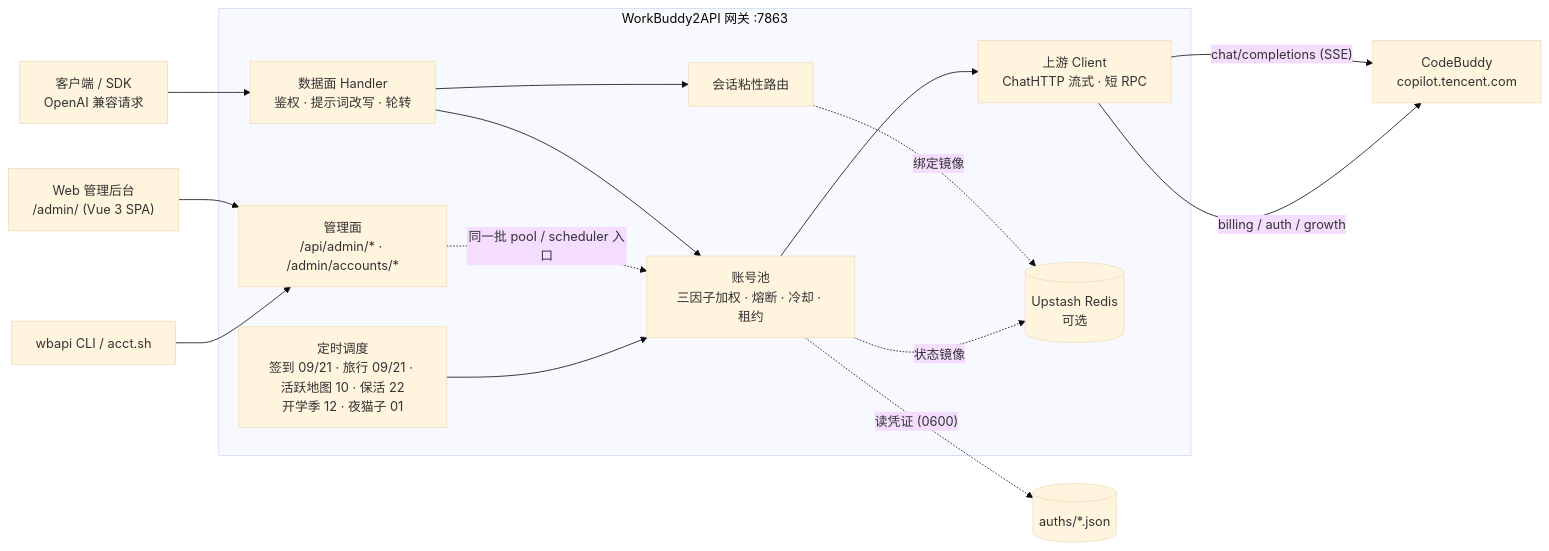
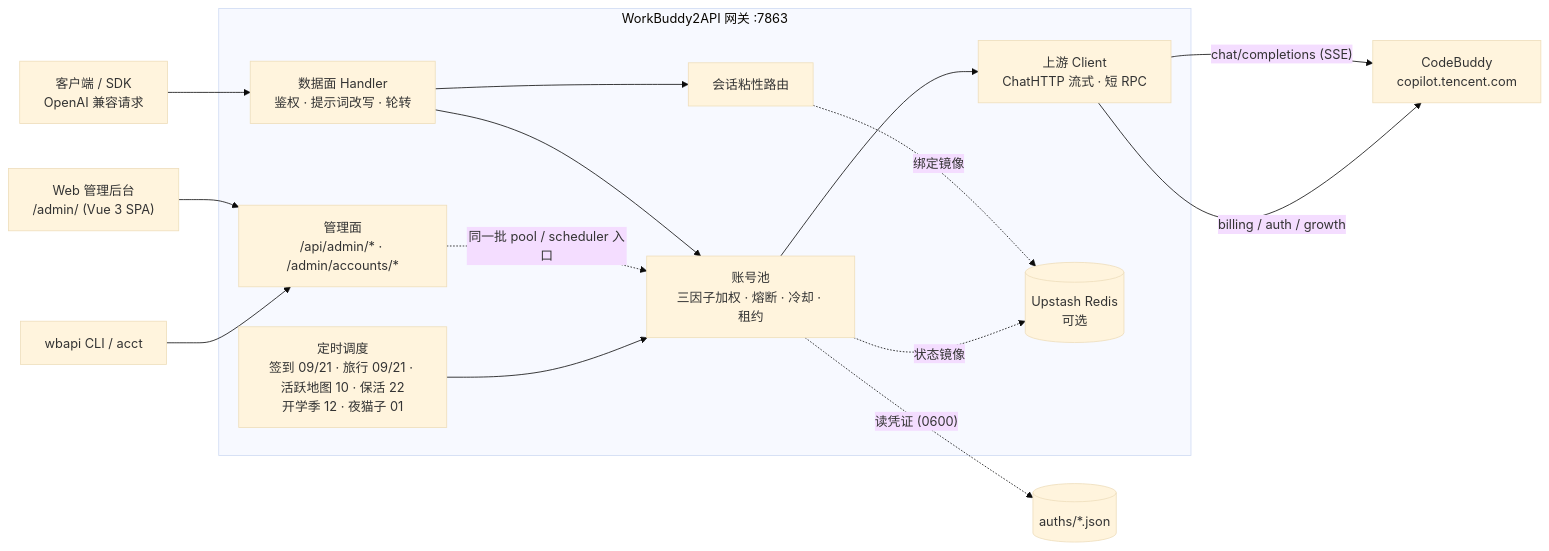
One commit to YuleBest/workbuddy2api changed the diagram in docs/features.md. Above: the diagram before and after it, drawn with Mermaid (base theme). The commit also changed other lines of this file and 192 other files, not shown here.

````diff
--- a/docs/features.md
+++ b/docs/features.md
@@ -72,21 +72,21 @@
 ```mermaid
 flowchart LR
     Client["客户端 / SDK\nOpenAI 兼容请求"] --> H
     Panel["Web 管理后台\n/admin/ (Vue 3 SPA)"] --> A
-    CLI["wbapi CLI / acct.sh"] --> A
+    CLI["wbapi CLI / acct"] --> A
 
     subgraph GWI["WorkBuddy2API 网关 :7863"]
         H["数据面 Handler\n鉴权 · 提示词改写 · 轮转"] --> P
         H --> S
         A["管理面\n/api/admin/* · /admin/accounts/*"] -.同一批 pool / scheduler 入口.-> P
         P["账号池\n三因子加权 · 熔断 · 冷却 · 租约"] --> U
         S["会话粘性路由"] -.绑定镜像.-> REDIS
         T["定时调度\n签到 09/21 · 旅行 09/21 · 活跃地图 10 · 保活 22\n开学季 12 · 夜猫子 01"] --> P
         U["上游 Client\nChatHTTP 流式 · 短 RPC"]
     end
 
     P -. "读凭证 (0600)" .-> AUTH[("auths/*.json")]
     P -. "状态镜像" .-> REDIS[("Upstash Redis\n可选")]
     U -->|"chat/completions (SSE)"| CB["CodeBuddy\ncopilot.tencent.com"]
     U -->|"billing / auth / growth"| CB
 ```
````
